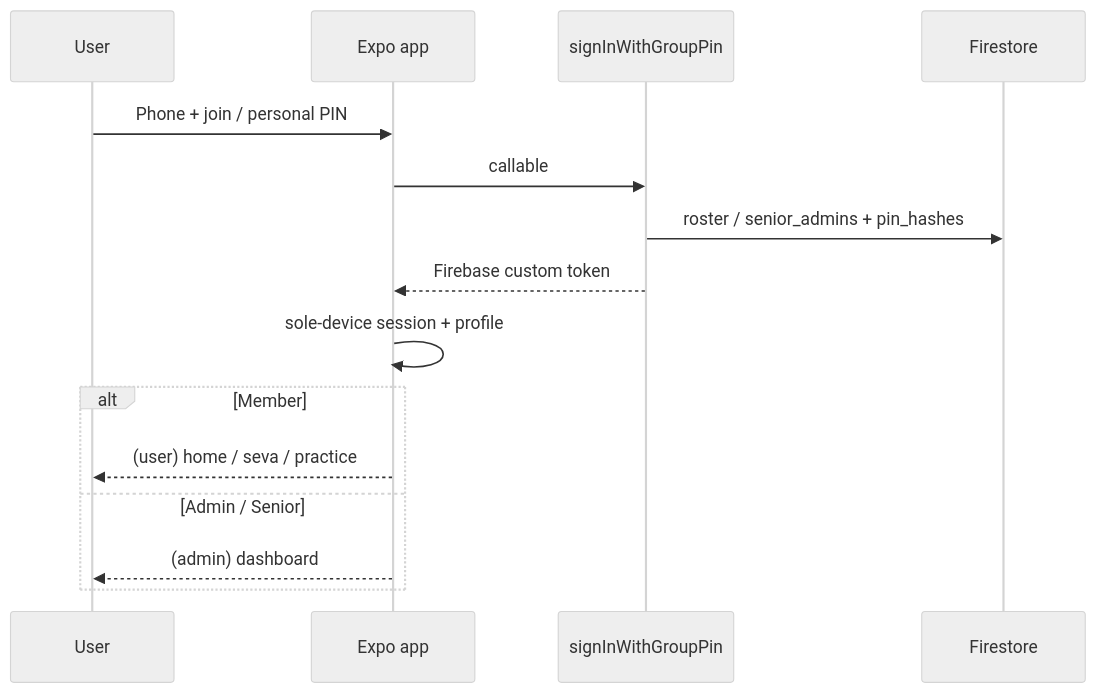
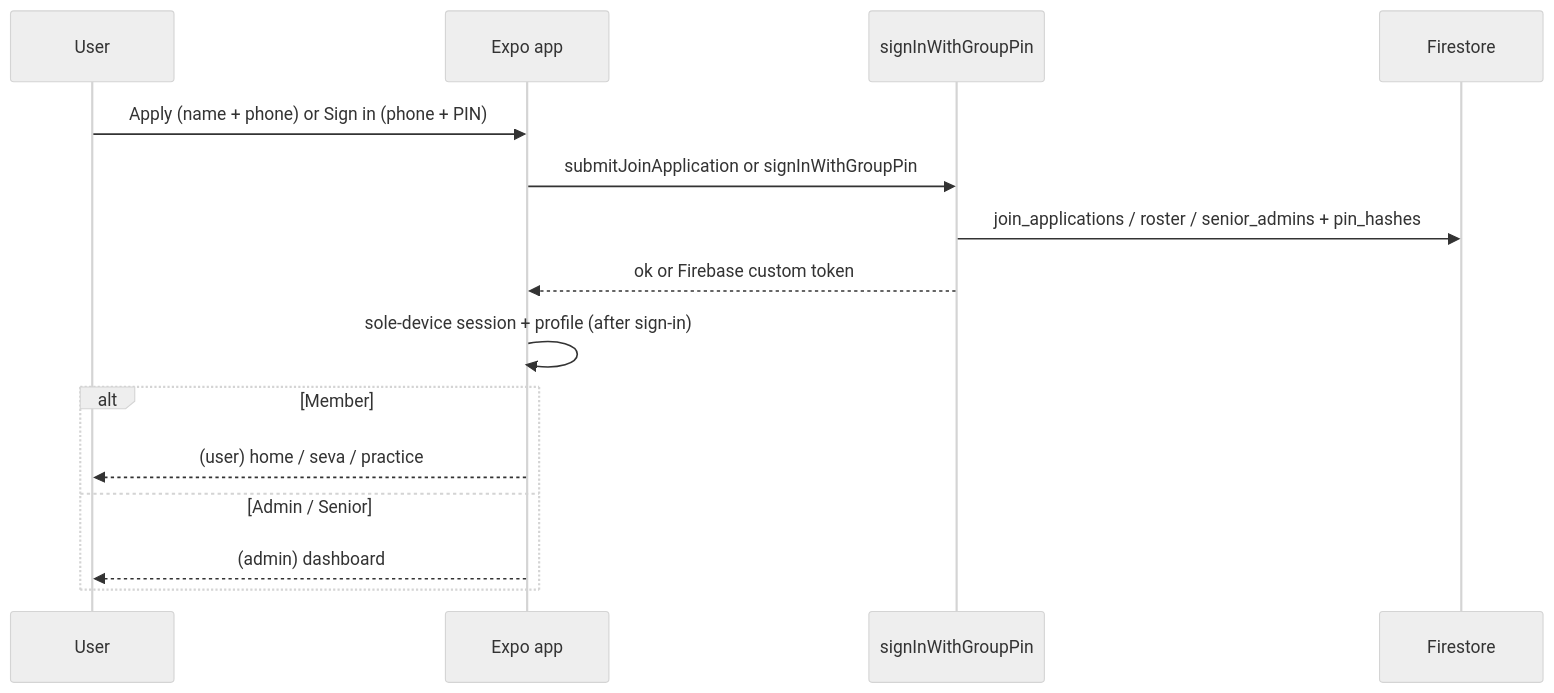
One commit to Sparshagrawal07/Geeta-param-seva changed the fifth of 6 diagrams in README.md. Above: the diagram before and after it, drawn with Mermaid (neutral theme). The commit also changed other lines of this file and 59 other files, not shown here.

````diff
--- a/README.md
+++ b/README.md
@@ -160,18 +162,18 @@
 ```mermaid
 sequenceDiagram
   participant U as User
   participant App as Expo app
   participant CF as signInWithGroupPin
   participant FS as Firestore
 
-  U->>App: Phone + join / personal PIN
-  App->>CF: callable
-  CF->>FS: roster / senior_admins + pin_hashes
-  CF-->>App: Firebase custom token
-  App->>App: sole-device session + profile
+  U->>App: Apply (name + phone) or Sign in (phone + PIN)
+  App->>CF: submitJoinApplication or signInWithGroupPin
+  CF->>FS: join_applications / roster / senior_admins + pin_hashes
+  CF-->>App: ok or Firebase custom token
+  App->>App: sole-device session + profile (after sign-in)
   alt Member
     App-->>U: (user) home / seva / practice
   else Admin / Senior
     App-->>U: (admin) dashboard
   end
 ```
````
